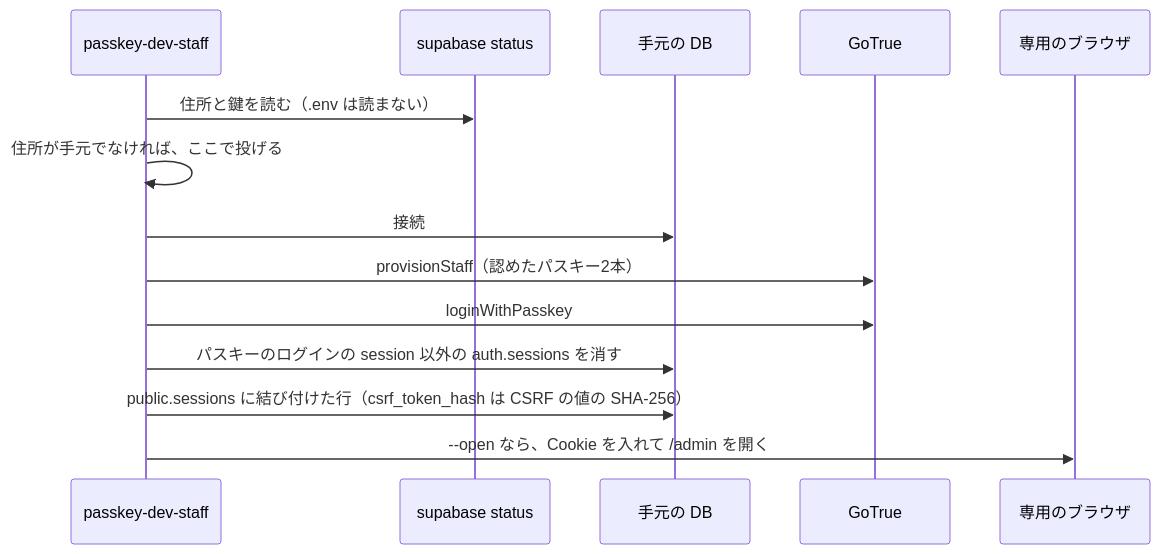
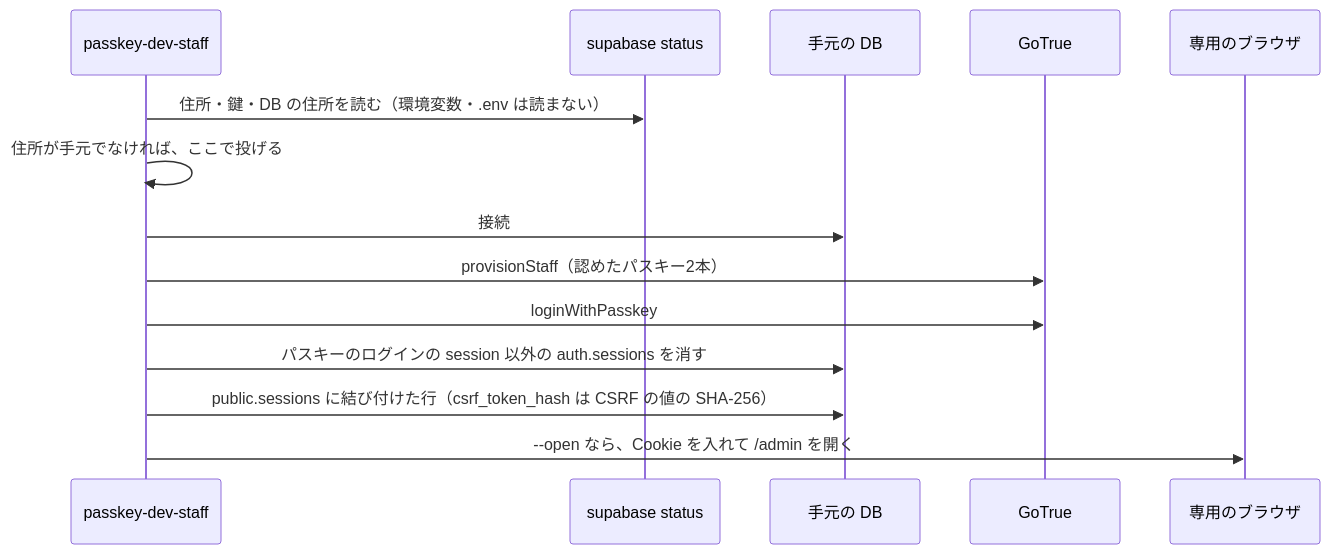
The seventh of 7 diagrams in docs/04_DetailDesign/sequence/auth-staff-passkey-entry.md (ChocoWork/o_official), drawn with Mermaid before and after one commit. The commit also changed other lines of this file and 11 other files, not shown here.

````diff
--- a/docs/04_DetailDesign/sequence/auth-staff-passkey-entry.md
+++ b/docs/04_DetailDesign/sequence/auth-staff-passkey-entry.md
@@ -256,16 +256,16 @@
 ```mermaid
 sequenceDiagram
     participant S as passkey-dev-staff
     participant C as supabase status
     participant D as 手元の DB
     participant G as GoTrue
     participant B as 専用のブラウザ
-    S->>C: 住所と鍵を読む（.env は読まない）
+    S->>C: 住所・鍵・DB の住所を読む（環境変数・.env は読まない）
     S->>S: 住所が手元でなければ、ここで投げる
     S->>D: 接続
     S->>G: provisionStaff（認めたパスキー2本）
     S->>G: loginWithPasskey
     S->>D: パスキーのログインの session 以外の auth.sessions を消す
     S->>D: public.sessions に結び付けた行（csrf_token_hash は CSRF の値の SHA-256）
     S->>B: --open なら、Cookie を入れて /admin を開く
 ```
````
